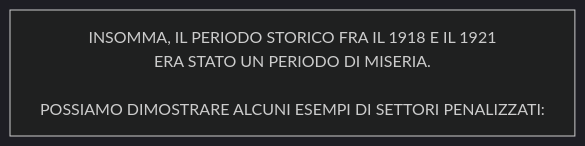
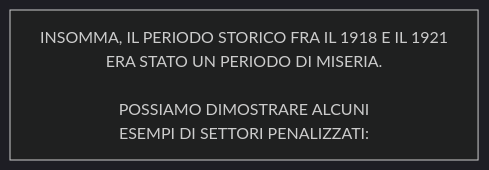
Before and after one commit to Laaouatni/ricerca-storia-MermaidJS: diagram 18 of 18 in stalinismoRiscrittura.md, drawn with Mermaid (dark theme).

````diff
--- a/stalinismoRiscrittura.md
+++ b/stalinismoRiscrittura.md
@@ -350,5 +350,5 @@
 ```mermaid
 %%{init: { "flowchart": { "wrappingWidth": 800 } }}%%
 flowchart TB
-  0[INSOMMA, IL PERIODO STORICO FRA IL 1918 E IL 1921 <BR>ERA STATO UN PERIODO DI MISERIA. <BR><BR>POSSIAMO DIMOSTRARE ALCUNI ESEMPI DI SETTORI PENALIZZATI:]
+  0[INSOMMA, IL PERIODO STORICO FRA IL 1918 E IL 1921 <BR>ERA STATO UN PERIODO DI MISERIA. <BR><BR>POSSIAMO DIMOSTRARE ALCUNI <br> ESEMPI DI SETTORI PENALIZZATI:]
 ```
````
